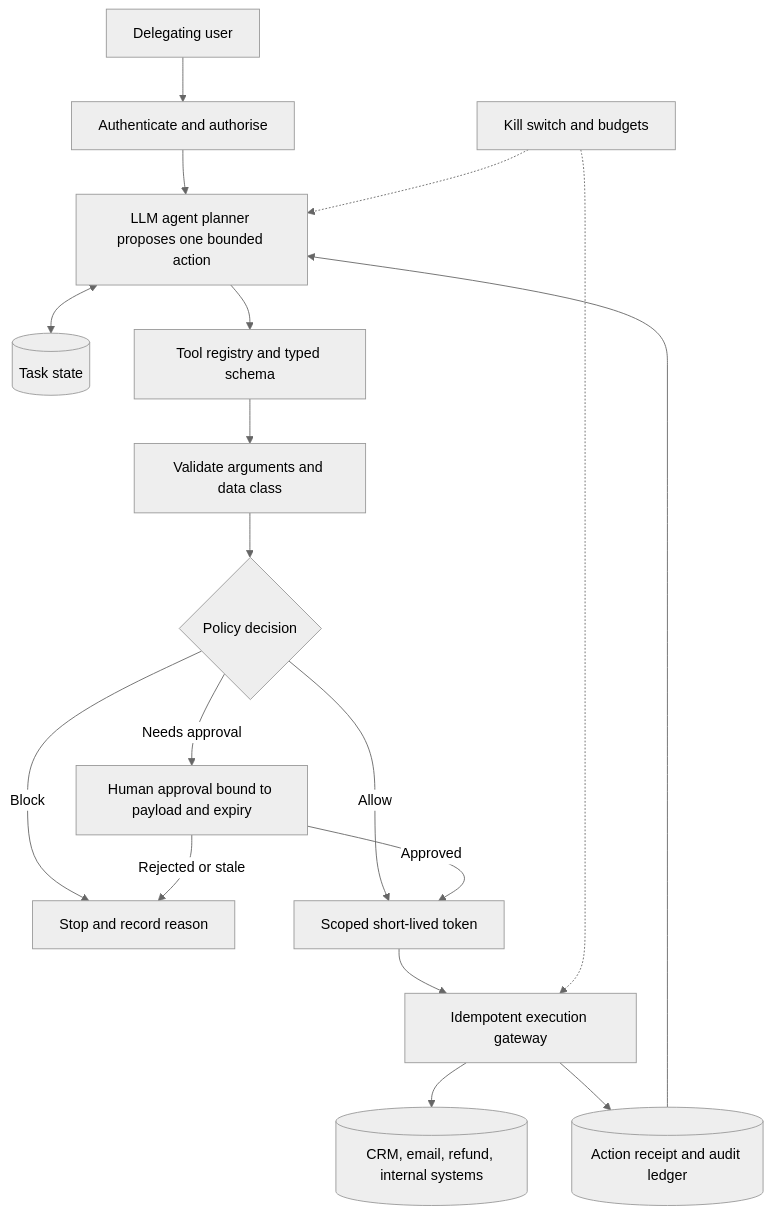
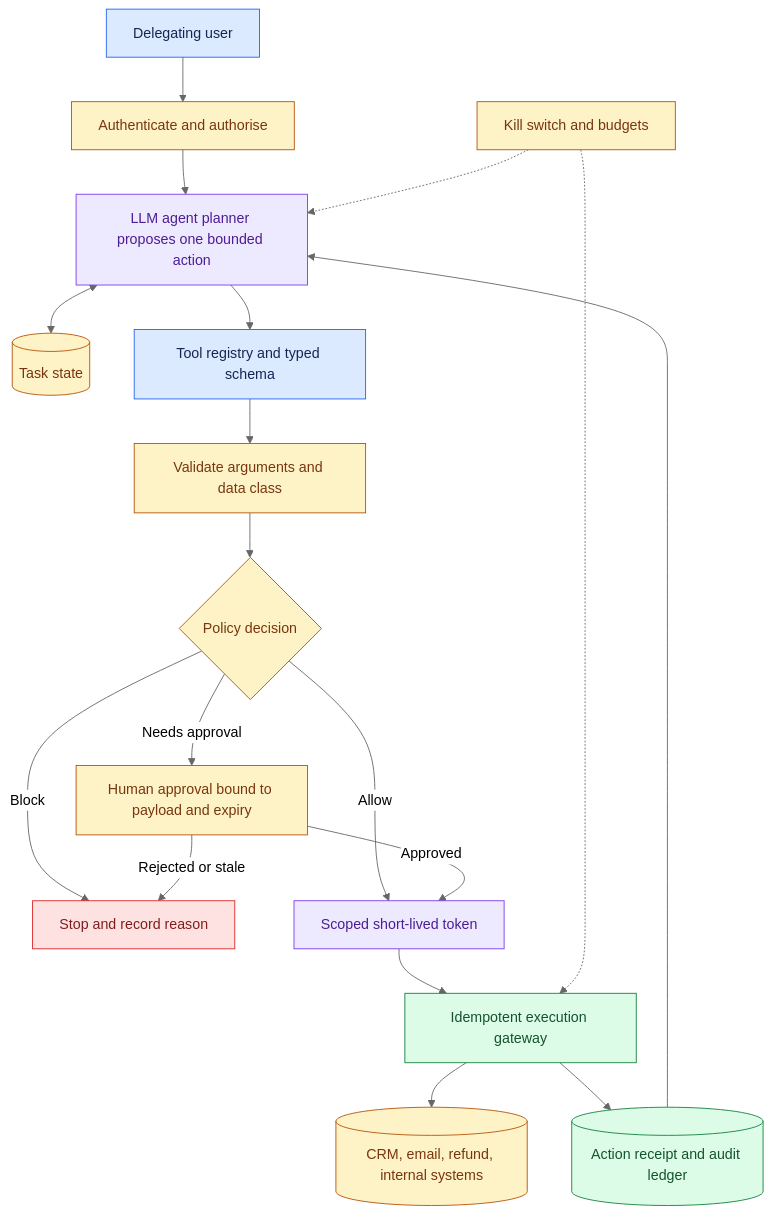
Before and after one commit to Sourav692/Forward-Deployed-Engineer-Interview-Prep: the diagram in site/content/modules/15-fde-case-studies/agents-that-act/tool-using-agent-with-safety-controls/main.md, drawn with Mermaid (neutral theme). The commit also changed other lines of this file and 1268 other files, not shown here.

First line of the commit message:
content: polish Casebook writing and Mermaid diagrams (#251)

````diff
--- a/site/content/modules/15-fde-case-studies/agents-that-act/tool-using-agent-with-safety-controls/main.md
+++ b/site/content/modules/15-fde-case-studies/agents-that-act/tool-using-agent-with-safety-controls/main.md
@@ -97,20 +97,32 @@
 ```mermaid
 flowchart TB
     USER[Delegating user] --> EDGE[Authenticate and authorise]
     EDGE --> PLAN[LLM agent planner proposes one bounded action]
     PLAN <--> STATE[(Task state)]
     PLAN --> REG[Tool registry and typed schema]
     REG --> VALID[Validate arguments and data class]
     VALID --> PDP{Policy decision}
     PDP -->|Block| STOP[Stop and record reason]
     PDP -->|Needs approval| APR[Human approval bound to payload and expiry]
     PDP -->|Allow| BROKER[Scoped short-lived token]
     APR -->|Approved| BROKER
     APR -->|Rejected or stale| STOP
     BROKER --> GATE[Idempotent execution gateway]
     GATE --> SYS[(CRM, email, refund, internal systems)]
     GATE --> RECEIPT[(Action receipt and audit ledger)]
     RECEIPT --> PLAN
     KILL[Kill switch and budgets] -.-> PLAN
     KILL -.-> GATE
+
+    %% Casebook colours: entry, reasoning, results, controls, and stopped paths.
+    classDef cbInput fill:#dbeafe,stroke:#2563eb,color:#172554
+    class USER,REG cbInput
+    classDef cbPolicy fill:#fef3c7,stroke:#b45309,color:#78350f
+    class EDGE,STATE,VALID,PDP,APR,SYS,KILL cbPolicy
+    classDef cbReason fill:#ede9fe,stroke:#7c3aed,color:#4c1d95
+    class PLAN,BROKER cbReason
+    classDef cbStop fill:#fee2e2,stroke:#dc2626,color:#7f1d1d
+    class STOP cbStop
+    classDef cbAction fill:#dcfce7,stroke:#15803d,color:#14532d
+    class GATE,RECEIPT cbAction
 ```
````
